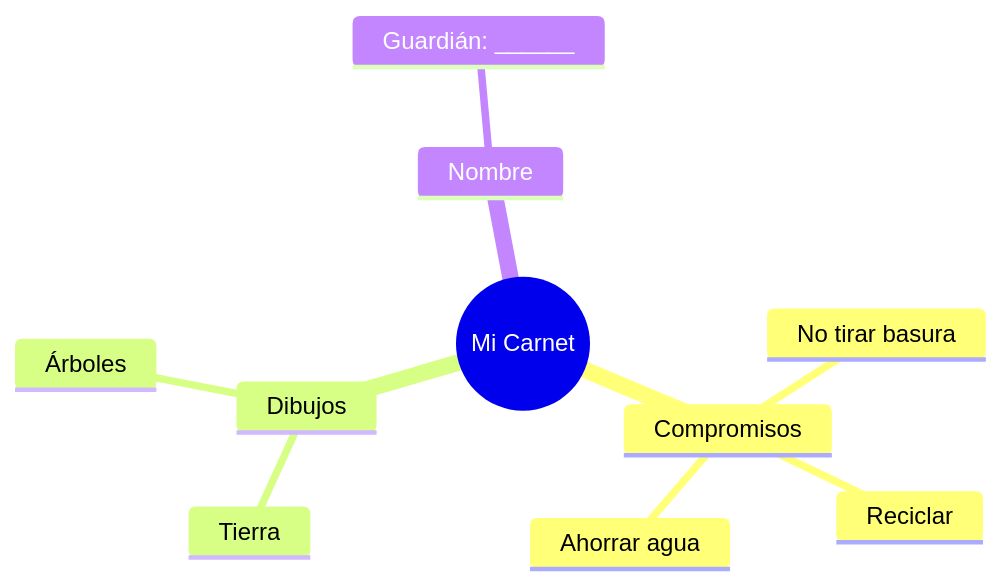
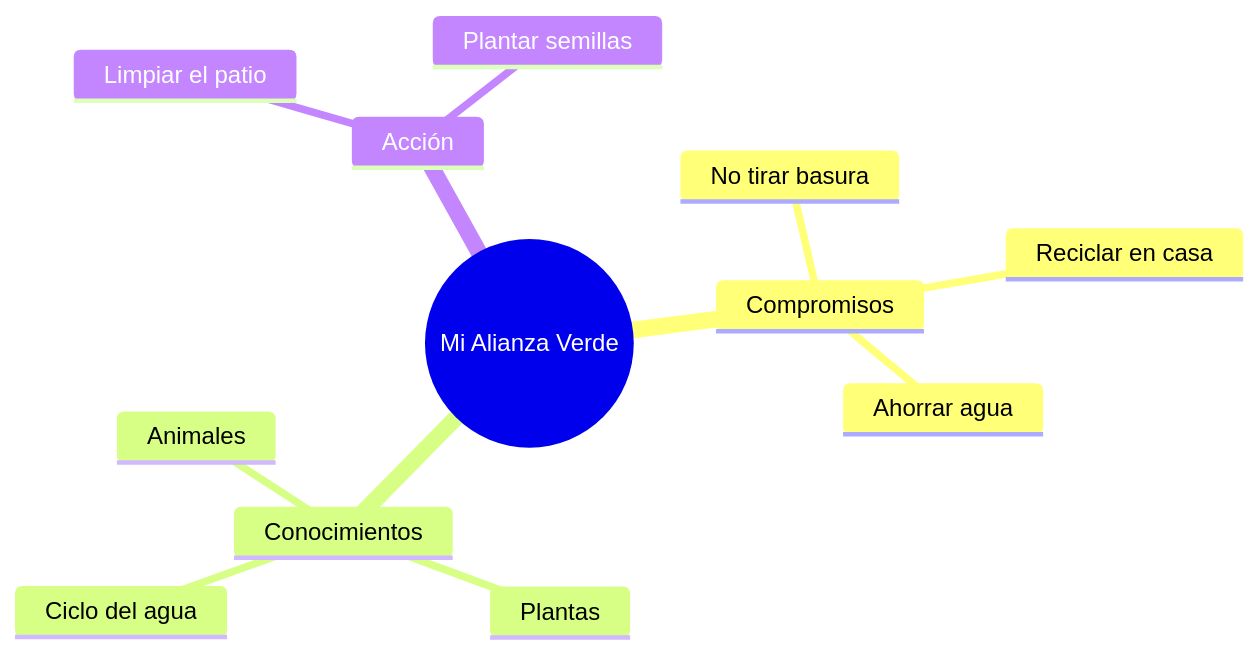
One commit to aalvarezg06/Ense-anzaONLINE changed the diagram in docs/2pri/ut09-protegemos-la-naturaleza/actividad.md. Above: the diagram before and after it, drawn with Mermaid. The commit also changed other lines of this file and 8 other files, not shown here.

````diff
--- a/docs/2pri/ut09-protegemos-la-naturaleza/actividad.md
+++ b/docs/2pri/ut09-protegemos-la-naturaleza/actividad.md
@@ -25,13 +27,15 @@
 ```mermaid
 mindmap
-  root((Mi Carnet))
+  root((Mi Alianza Verde))
     Compromisos
       No tirar basura
-      Reciclar
+      Reciclar en casa
       Ahorrar agua
-    Dibujos
-      Tierra
-      Árboles
-    Nombre
-      Guardián: ______
+    Conocimientos
+      Animales
+      Plantas
+      Ciclo del agua
+    Acción
+      Limpiar el patio
+      Plantar semillas
 ```
````
